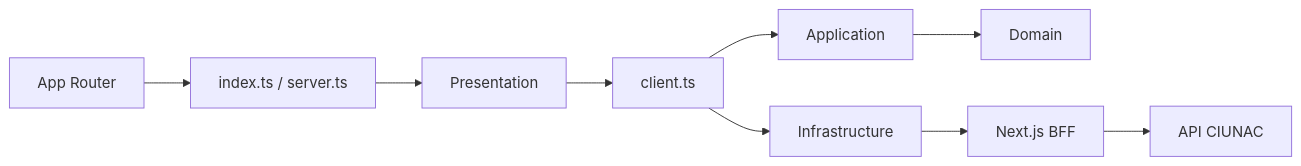
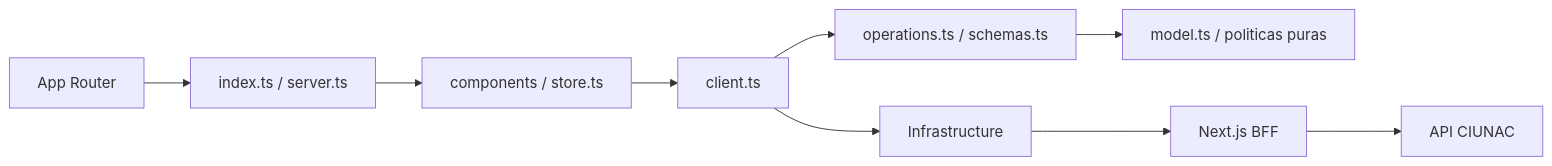
Before and after one commit to luismiguelgs/ciunac-sol-1.3: the diagram in docs/architecture/adr/023-modular-location-request.md, drawn with Mermaid. The commit also changed other lines of this file and 431 other files, not shown here.

````diff
--- a/docs/architecture/adr/023-modular-location-request.md
+++ b/docs/architecture/adr/023-modular-location-request.md
@@ -26,11 +29,11 @@
 ```mermaid
 flowchart LR
     Route["App Router"] --> Public["index.ts / server.ts"]
-    Public --> Presentation["Presentation"]
+    Public --> Presentation["components / store.ts"]
     Presentation --> Client["client.ts"]
-    Client --> Application["Application"]
-    Application --> Domain["Domain"]
+    Client --> Application["operations.ts / schemas.ts"]
+    Application --> Domain["model.ts / politicas puras"]
     Client --> Infrastructure["Infrastructure"]
     Infrastructure --> BFF["Next.js BFF"]
     BFF --> API["API CIUNAC"]
 ```
````
